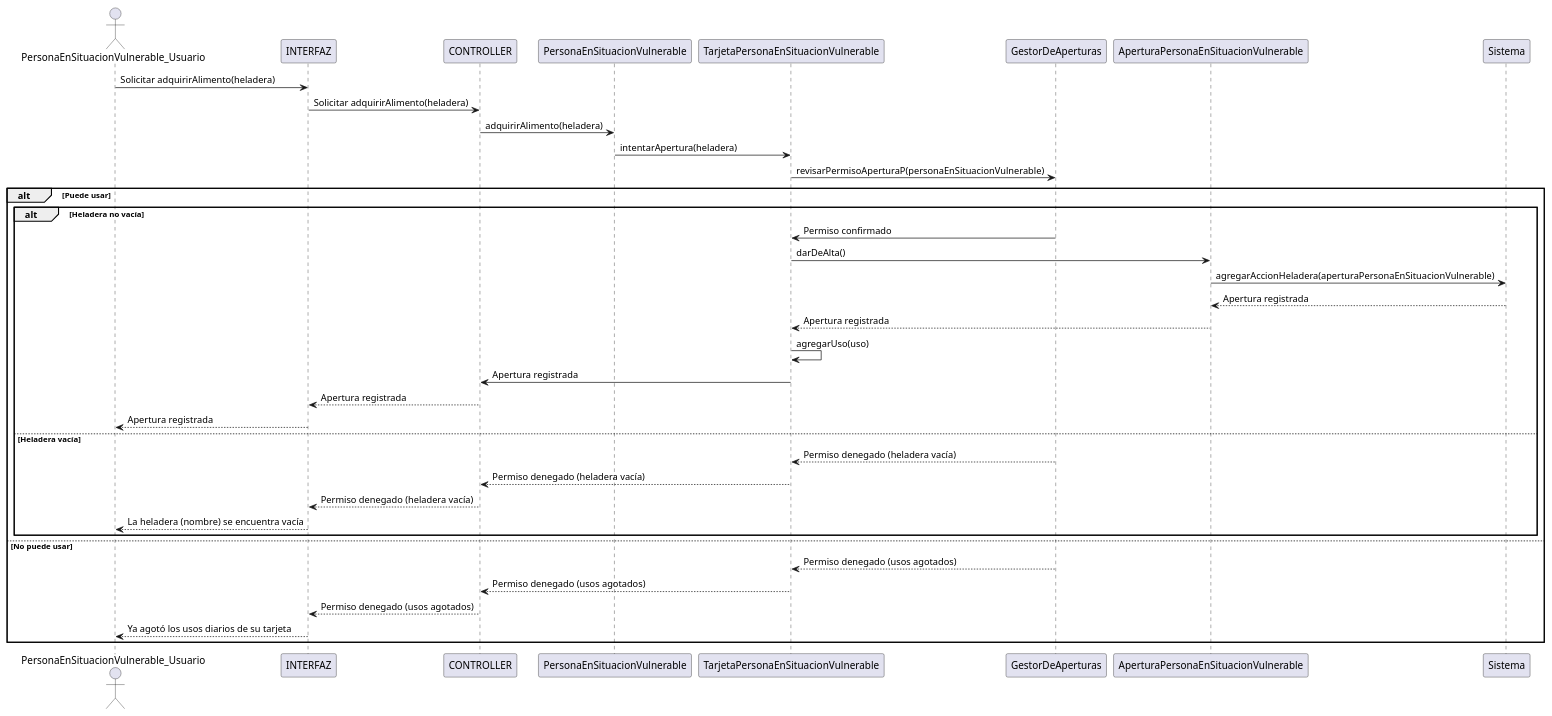
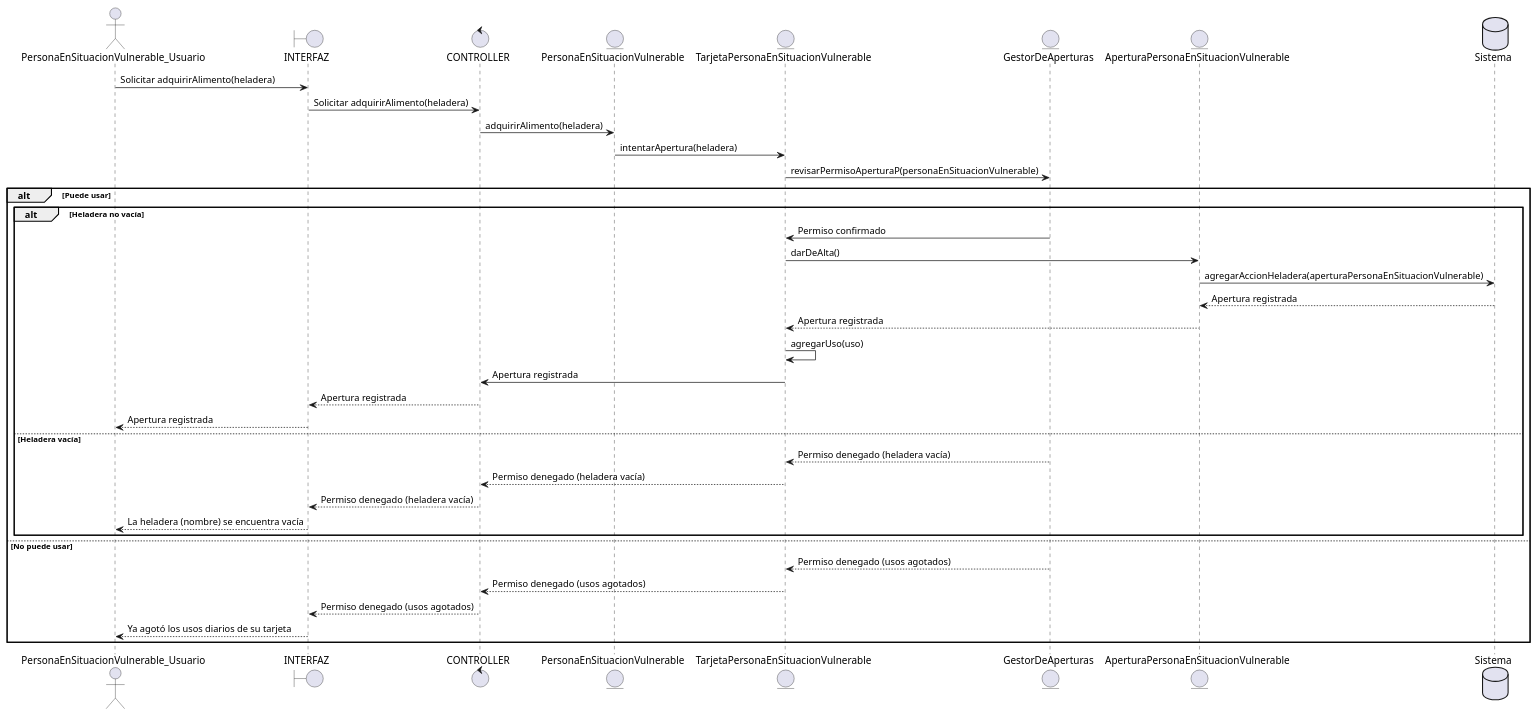
The diagram in proyecto_heladeras_solidarias/docs/plant_uml/diagramas_secuencia/adquirir_alimento/abrir_heladera.plantuml (luciacosenza/DDS-grupo10), drawn with PlantUML before and after one commit. The commit also changed 16 other files, not shown here.

Commit message:
Agrego iconos correctos a diagramas de secuencia

```diff
--- a/proyecto_heladeras_solidarias/docs/plant_uml/diagramas_secuencia/adquirir_alimento/abrir_heladera.plantuml
+++ b/proyecto_heladeras_solidarias/docs/plant_uml/diagramas_secuencia/adquirir_alimento/abrir_heladera.plantuml
@@ -3,39 +3,39 @@
 @startuml abrir_heladera
 actor PersonaEnSituacionVulnerable_Usuario as User
-participant INTERFAZ
-participant CONTROLLER
-participant "PersonaEnSituacionVulnerable" as PersonaEnSituacionVulnerable
-participant "TarjetaPersonaEnSituacionVulnerable" as TarjetaPersonaEnSituacionVulnerable
-participant "GestorDeAperturas" as GestorDeAperturas
-participant "AperturaPersonaEnSituacionVulnerable" as AperturaPersonaEnSituacionVulnerable
-participant "Sistema" as Sistema
+boundary INTERFAZ
+control CONTROLLER
+entity "PersonaEnSituacionVulnerable" as PersonaEnSituacionVulnerable
+entity "TarjetaPersonaEnSituacionVulnerable" as TarjetaPersonaEnSituacionVulnerable
+entity "GestorDeAperturas" as GestorDeAperturas
+entity "AperturaPersonaEnSituacionVulnerable" as AperturaPersonaEnSituacionVulnerable
+database "Sistema" as Sistema
 
 User -> INTERFAZ: Solicitar adquirirAlimento(heladera)
 INTERFAZ -> CONTROLLER: Solicitar adquirirAlimento(heladera)
 CONTROLLER -> PersonaEnSituacionVulnerable: adquirirAlimento(heladera)
 PersonaEnSituacionVulnerable -> TarjetaPersonaEnSituacionVulnerable: intentarApertura(heladera)
 TarjetaPersonaEnSituacionVulnerable -> GestorDeAperturas: revisarPermisoAperturaP(personaEnSituacionVulnerable)
 alt Puede usar
     alt Heladera no vacía
         GestorDeAperturas -> TarjetaPersonaEnSituacionVulnerable: Permiso confirmado
         TarjetaPersonaEnSituacionVulnerable -> AperturaPersonaEnSituacionVulnerable: darDeAlta()
         AperturaPersonaEnSituacionVulnerable -> Sistema: agregarAccionHeladera(aperturaPersonaEnSituacionVulnerable)
         Sistema --> AperturaPersonaEnSituacionVulnerable: Apertura registrada
         AperturaPersonaEnSituacionVulnerable --> TarjetaPersonaEnSituacionVulnerable: Apertura registrada
         TarjetaPersonaEnSituacionVulnerable -> TarjetaPersonaEnSituacionVulnerable: agregarUso(uso)
         TarjetaPersonaEnSituacionVulnerable -> CONTROLLER: Apertura registrada
         CONTROLLER --> INTERFAZ: Apertura registrada
         INTERFAZ --> User: Apertura registrada
     else Heladera vacía
         GestorDeAperturas --> TarjetaPersonaEnSituacionVulnerable: Permiso denegado (heladera vacía)
         TarjetaPersonaEnSituacionVulnerable --> CONTROLLER: Permiso denegado (heladera vacía)
         CONTROLLER --> INTERFAZ: Permiso denegado (heladera vacía)
         INTERFAZ --> User: La heladera (nombre) se encuentra vacía
     end
 else No puede usar
     GestorDeAperturas --> TarjetaPersonaEnSituacionVulnerable: Permiso denegado (usos agotados)
         TarjetaPersonaEnSituacionVulnerable --> CONTROLLER: Permiso denegado (usos agotados)
         CONTROLLER --> INTERFAZ: Permiso denegado (usos agotados)
         INTERFAZ --> User: Ya agotó los usos diarios de su tarjeta
 end
 @enduml
```
